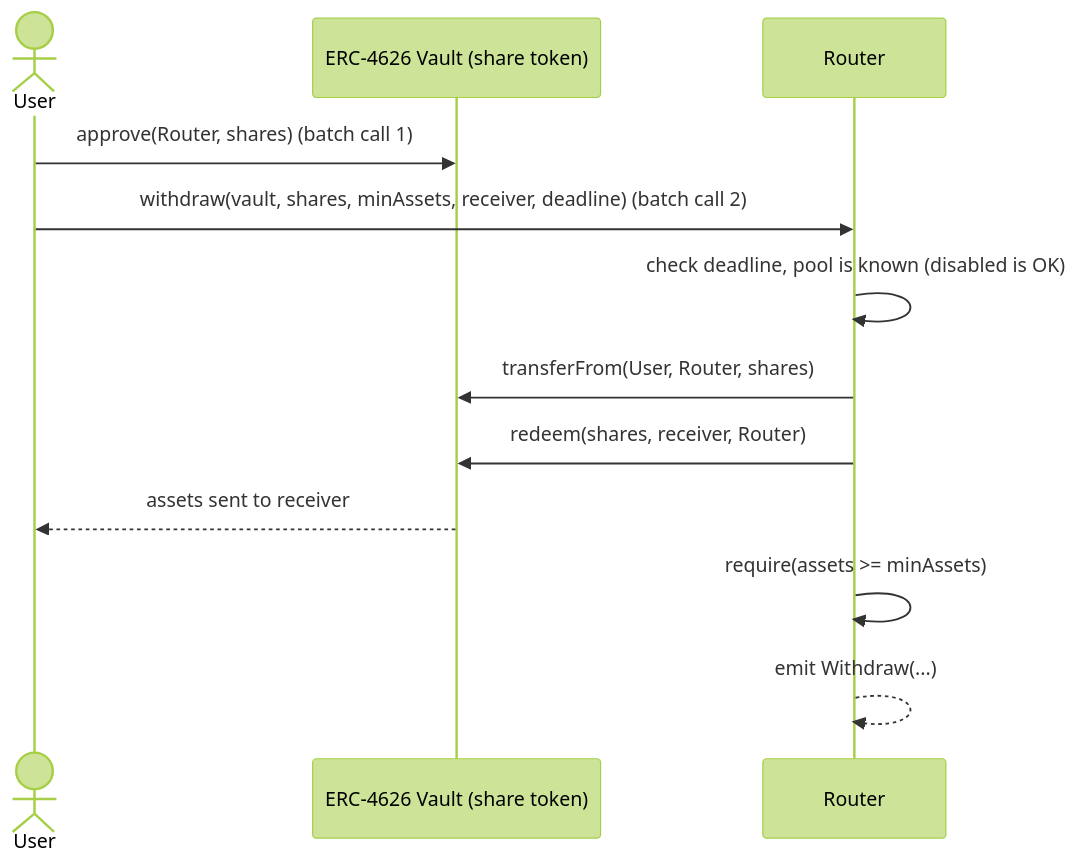
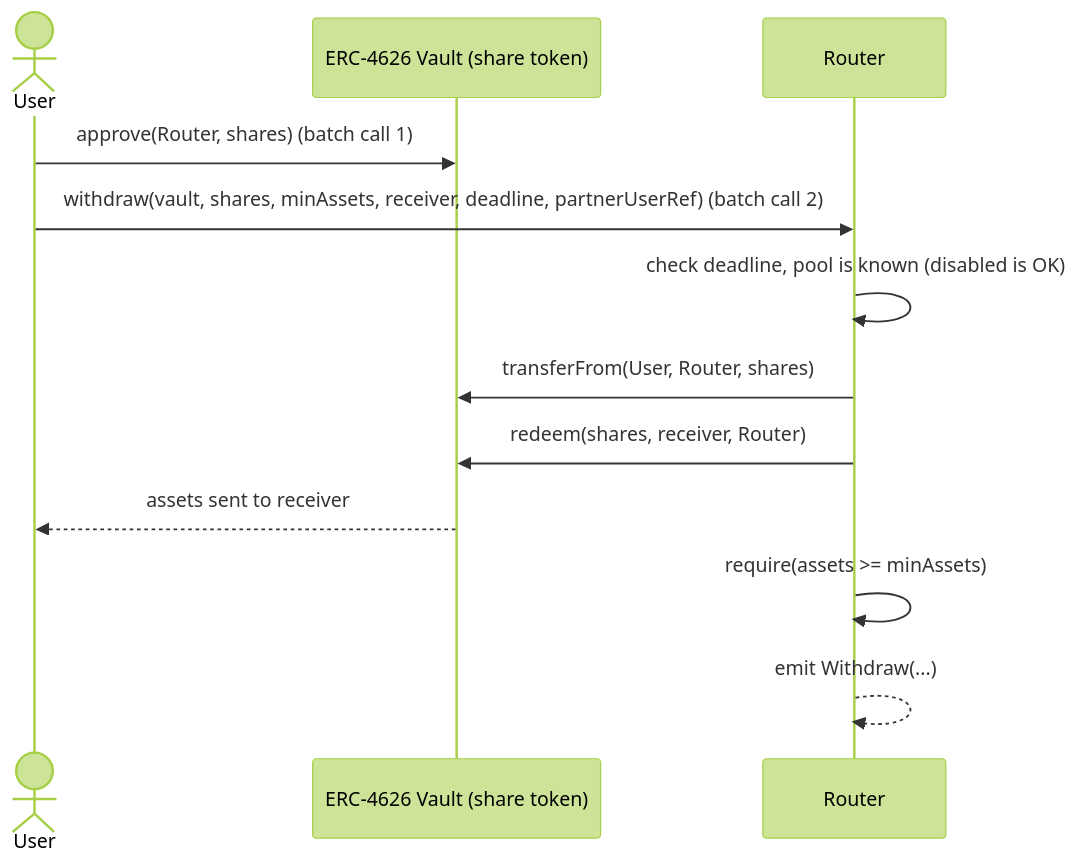
The third of 3 diagrams in docs/architecture-v1.0.md (unodev-core/restake-router-defi), drawn with Mermaid (forest theme) before and after one commit. The commit also changed other lines of this file and 17 other files, not shown here.

First line of the commit message:
feat: Update router functions to include user reference parameter

````diff
--- a/docs/architecture-v1.0.md
+++ b/docs/architecture-v1.0.md
@@ -136,15 +136,15 @@
 ```mermaid
 sequenceDiagram
     actor User
     participant Vault as ERC-4626 Vault (share token)
     participant Router
 
     User->>Vault: approve(Router, shares)   (batch call 1)
-    User->>Router: withdraw(vault, shares, minAssets, receiver, deadline)   (batch call 2)
+    User->>Router: withdraw(vault, shares, minAssets, receiver, deadline, partnerUserRef)   (batch call 2)
     Router->>Router: check deadline, pool is known (disabled is OK)
     Router->>Vault: transferFrom(User, Router, shares)
     Router->>Vault: redeem(shares, receiver, Router)
     Vault-->>User: assets sent to receiver
     Router->>Router: require(assets >= minAssets)
     Router-->>Router: emit Withdraw(...)
 ```
````
